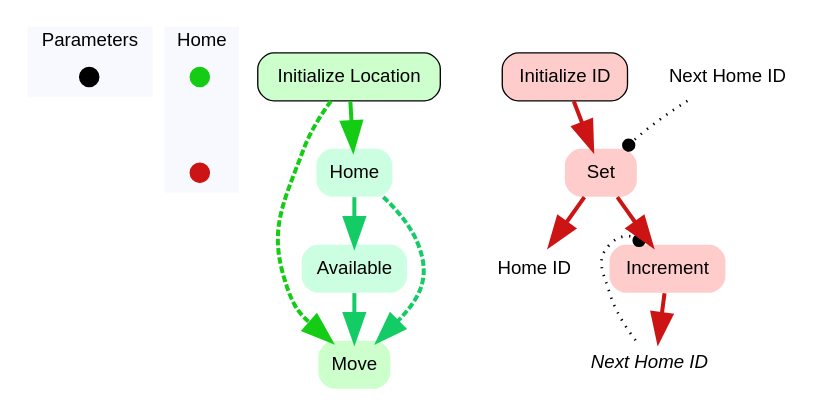
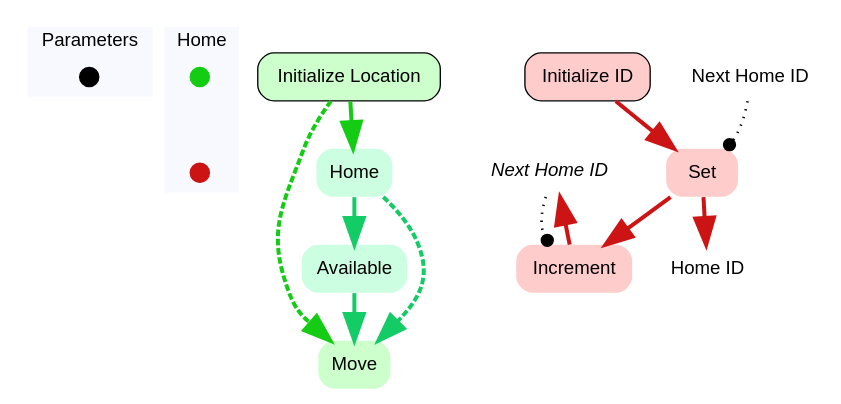
One commit to MilesParker/Synergies changed the diagram in edu.osu.synergies.ascape/WebContent/SpatialResources/graphvis/home__Initial.dot. Above: the diagram before and after it, drawn with Graphviz. The commit also changed other lines of this file and 163 other files, not shown here.

```diff
--- a/edu.osu.synergies.ascape/WebContent/SpatialResources/graphvis/home__Initial.dot
+++ b/edu.osu.synergies.ascape/WebContent/SpatialResources/graphvis/home__Initial.dot
@@ -1,60 +1,60 @@
 digraph home {
 	concentrate=true;
 	
 	subgraph clustercontextKey {
 		fontname=Helvetica;
 		label="Parameters";
 		style="filled";
 		fillcolor=ghostwhite;
 		color=white;
 		labeljust=l;
 		contextOverview [style=filled,shape=point,fixedsize=true,width=.2,height=.2,fontcolor=white,color="black",label=""];
 	}
 	subgraph clusterhomeKey {
 		fontname=Helvetica;
 		nodesep=0.1;
 		style="filled";
 		fillcolor=ghostwhite;
 		label="Home";
 		color=white;
 		labeljust=l;
 		initializeLocationOverview [fontname=Helvetica,style=filled,shape=point,fixedsize=true,width=.2,height=.2,fontcolor=white,color="0.333, 0.9 , 0.8",label="",URL="home__Overview.svg"];
 		initializeIDOverview [fontname=Helvetica,style=filled,shape=point,fixedsize=true,width=.2,height=.2,fontcolor=white,color="0.0, 0.9 , 0.8",label="",URL="home__Overview.svg"];
 initializeLocationOverview -> initializeIDOverview [style=invis];
 	}
 
 //subgraph clusterinitializeLocation {
 	//style=filled;
 	//color=white;
 	//fillcolor="0.0, 0.0, 0.98";
 		initializeLocation [shape=box,style="rounded,filled",fontname=Helvetica,color=black,fillcolor="0.333, 0.2, 1.0",label="Initialize Location",URL="home_initializeLocation.svg"];
 	initializeLocation ->  home [color="0.333, 0.9 , 0.8",penwidth=3.0,arrowsize=2.0];
 		availableQuery [shape=none,style="rounded,filled",fontname=Helvetica,color="0.407, 0.2, 1.0",label="Available"];
 	availableQuery ->  moveHome [color="0.407, 0.9 , 0.8",penwidth=3.0,arrowsize=2.0];
+		home [shape=none,style="rounded,filled",fontname=Helvetica,color=gray,fillcolor="0.407, 0.2, 1.0",label="Home"];
+	home ->  availableQuery [color="0.407, 0.9 , 0.8",penwidth=3.0,arrowsize=2.0];
 		moveHome [shape=none,style="rounded,filled",fontname=Helvetica,color="0.333, 0.2, 1.0",label="Move"];
 	initializeLocation ->  moveHome:nw [style=dashed,color="0.333, 0.9 , 0.8",penwidth=3.0,arrowsize=2.0];
 	home -> moveHome:ne [style=dashed,color="0.407, 0.9 , 0.8",penwidth=3.0,arrowsize=2.0];
-		home [shape=none,style="rounded,filled",fontname=Helvetica,color=gray,fillcolor="0.407, 0.2, 1.0",label="Home"];
-	home ->  availableQuery [color="0.407, 0.9 , 0.8",penwidth=3.0,arrowsize=2.0];
 //}
+		spatialResourcesnextHomeID [shape=none,fontsize=14,style="filled",fontname=Helvetica,color=none,fillcolor=white,label=<<i>Next Home ID</i>>];
 		homehomeID [shape=none,fontsize=14,style="filled",fontname=Helvetica,color=none,fillcolor=white,label="Home ID"];
-		spatialResourcesnextHomeID [shape=none,fontsize=14,style="filled",fontname=Helvetica,color=none,fillcolor=white,label=<<i>Next Home ID</i>>];
 
 //subgraph clusterinitializeID {
 	//style=filled;
 	//color=white;
 	//fillcolor="0.0, 0.0, 0.98";
 		initializeID [shape=box,style="rounded,filled",fontname=Helvetica,color=black,fillcolor="0.0, 0.2, 1.0",label="Initialize ID",URL="home_initializeID.svg"];
 	initializeID ->  setHomeIDToNextHomeID [color="0.0, 0.9 , 0.8",penwidth=3.0,arrowsize=2.0];
 	setHomeIDToNextHomeID ->  homehomeID [color="0.0, 0.9 , 0.8",penwidth=3.0,arrowsize=2.0];
 
 		setHomeIDToNextHomeID [shape=none,style="rounded,filled",fontname=Helvetica,color="0.0, 0.2, 1.0",label="Set"];
 	setHomeIDToNextHomeID ->  incrementNextHomeID [color="0.0, 0.9 , 0.8",penwidth=3.0,arrowsize=2.0];
 		incrementNextHomeID [shape=none,style="rounded,filled",fontname=Helvetica,color="0.0, 0.2, 1.0",label="Increment"];
 			incrementNextHomeID ->  spatialResourcesnextHomeID [color="0.0, 0.9 , 0.8",penwidth=3.0,arrowsize=2.0];
 //}
 
 		importabcsetHomeIDToNextHomeIDspatialResourcesnextHomeID [fontname=Helvetica,shape=none,label="Next Home ID"];
 		importabcsetHomeIDToNextHomeIDspatialResourcesnextHomeID -> setHomeIDToNextHomeID:"ne" [style=dotted,arrowhead=dot,color=black,penwidth=2.0];
 		spatialResourcesnextHomeID -> incrementNextHomeID:nw [style=dotted,arrowhead=dot,color=black,penwidth=2.0];
 }
```
